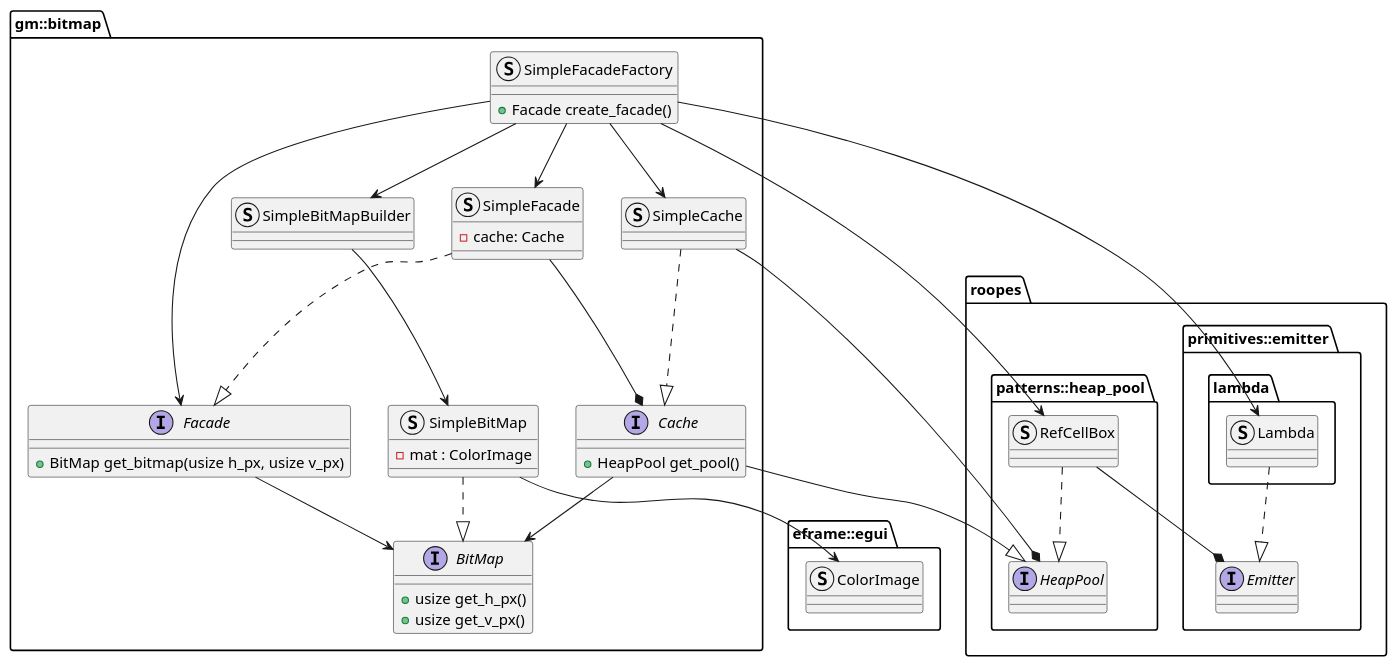
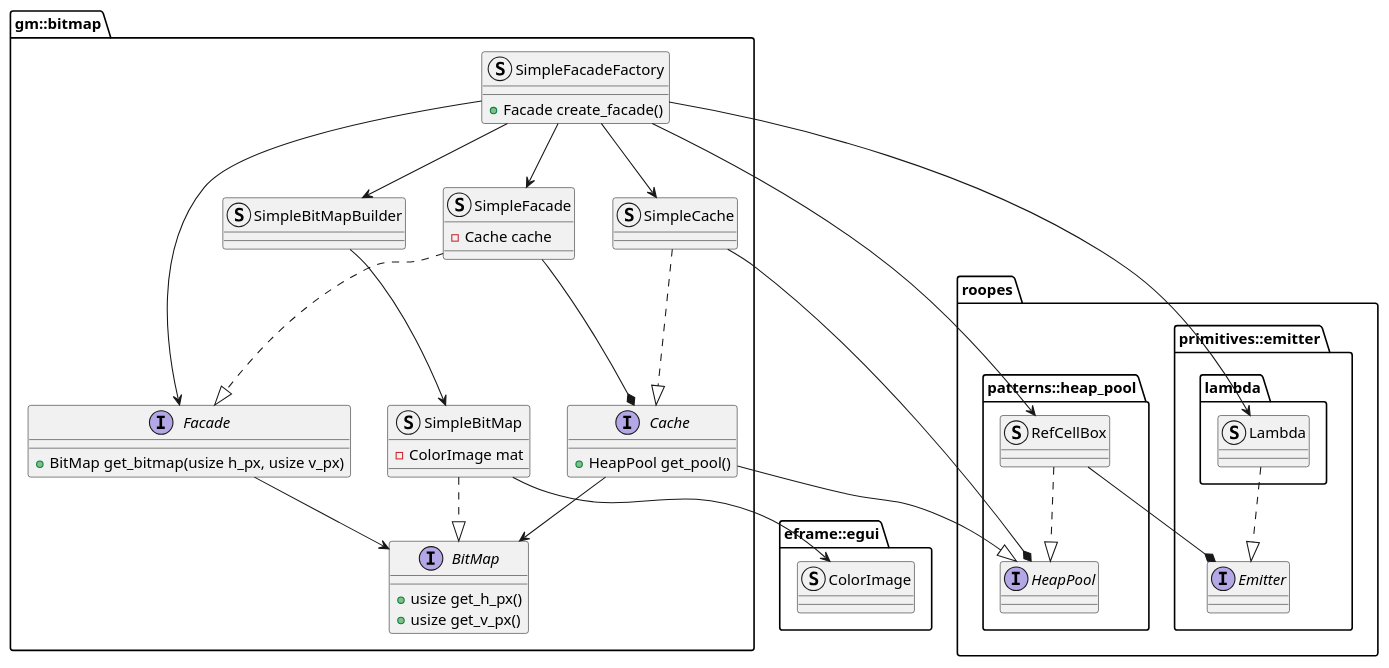
Before and after one commit to zwerdlds/GlyphMosaic: the diagram in documentation/Specification/diagrams/subsystems/bitmap.plantuml, drawn with PlantUML. The commit also changed 8 other files, not shown here.

```diff
--- a/documentation/Specification/diagrams/subsystems/bitmap.plantuml
+++ b/documentation/Specification/diagrams/subsystems/bitmap.plantuml
@@ -1,85 +1,85 @@
 @startuml
 skinparam componentStyle uml1
 
 package "gm::bitmap" {
     interface "BitMap" as bm{
         + usize get_h_px()
         + usize get_v_px()
     }
 
     struct "SimpleBitMap" as bms {
-        - mat : ColorImage
+        - ColorImage mat
     }
 
     interface "Cache" as bmc{
         + HeapPool get_pool()
     }
 
     struct "SimpleCache" as bmsc{
     }
 
     interface "Facade" as bmf{
         + BitMap get_bitmap(usize h_px, usize v_px)
     }
 
     struct "SimpleFacade" as bmsf{
-        - cache: Cache
+        - Cache cache
     }
 
     struct "SimpleFacadeFactory" as bmsff{
         + Facade create_facade()
     }
 
     struct "SimpleBitMapBuilder" as bmsbmb{
     }
 }
 
 
 package "roopes"{
     package "primitives::emitter" {
         interface "Emitter" as ree {}
 
         package "lambda" {
             struct "Lambda" as rel {}
         }
     }
 
     package "patterns::heap_pool" {
         interface "HeapPool" as rhphp {}
         struct "RefCellBox" as rhphrcb{}
     }
 }
 
 package eframe::egui {
     struct "ColorImage" as eeci {}
 }
 
 bmc --> bm
 bmc --|> rhphp
 
 bmf --> bm
 
 bms ..|> bm
 bms --> eeci
 
 bmsbmb --> bms
 
 bmsc --* rhphp
 bmsc ..|> bmc
 
 bmsf --* bmc
 bmsf ..|> bmf
 
 bmsff --> bmsbmb
 bmsff --> rhphrcb
 bmsff --> bmsc
 bmsff --> bmsf
 bmsff --> rel
 bmsff --> bmf
 
 rhphrcb --* ree
 rhphrcb ..|> rhphp
 
 rel ..|> ree
 
 @enduml
```
